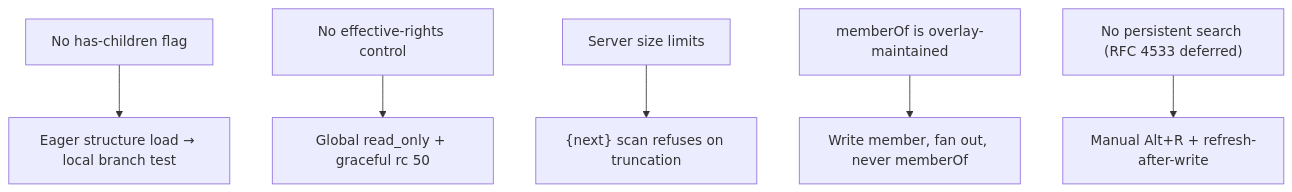
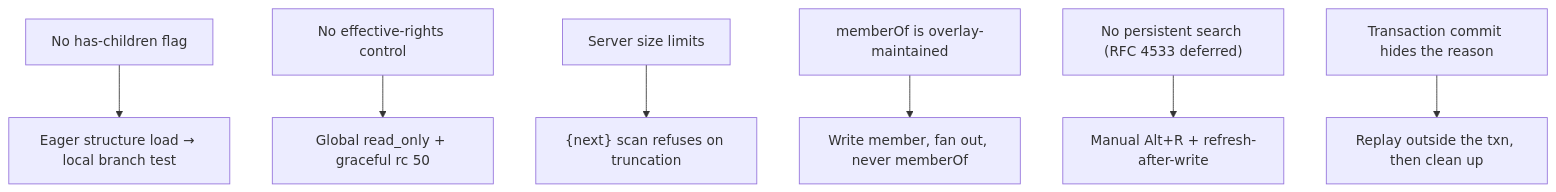
The diagram in docs/src/concepts/ldap-constraints.md (oposs/edaptor), drawn with Mermaid before and after one commit. The commit also changed other lines of this file and 3 other files, not shown here.

````diff
--- a/docs/src/concepts/ldap-constraints.md
+++ b/docs/src/concepts/ldap-constraints.md
@@ -68,8 +94,9 @@
 ```mermaid
 flowchart TD
     C1["No has-children flag"] --> D1["Eager structure load → local branch test"]
     C2["No effective-rights control"] --> D2["Global read_only + graceful rc 50"]
     C3["Server size limits"] --> D3["{next} scan refuses on truncation"]
     C4["memberOf is overlay-maintained"] --> D4["Write member, fan out, never memberOf"]
     C5["No persistent search (RFC 4533 deferred)"] --> D5["Manual Alt+R + refresh-after-write"]
+    C6["Transaction commit hides the reason"] --> D6["Replay outside the txn, then clean up"]
 ```
````
